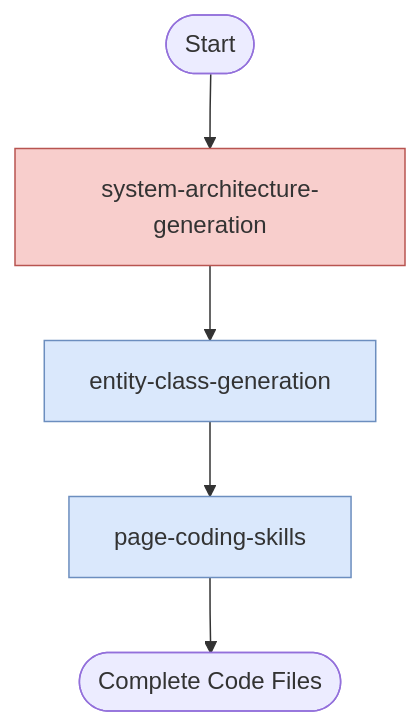
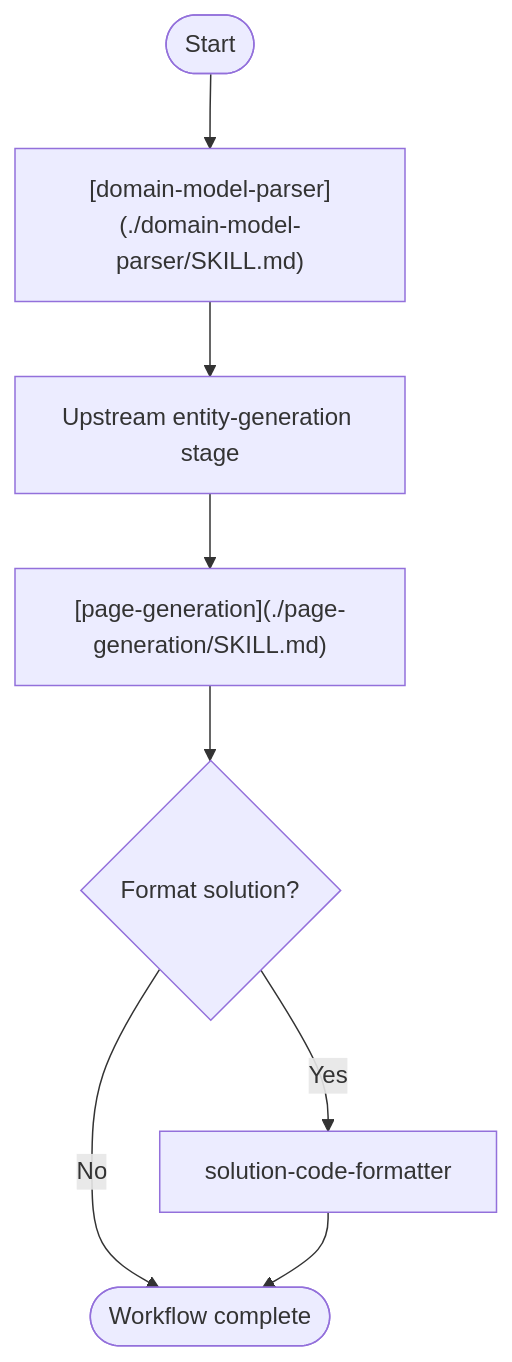
One commit to zhongadamwang/PRG changed the diagram in .github/skills/sanjel-coding-skills/SKILL.md. Above: the diagram before and after it, drawn with Mermaid. The commit also changed other lines of this file and 36 other files, not shown here.

First line of the commit message:
feat: add skill creator and formatter utilities

````diff
--- a/.github/skills/sanjel-coding-skills/SKILL.md
+++ b/.github/skills/sanjel-coding-skills/SKILL.md
@@ -20,16 +33,12 @@
 ```mermaid
-graph TB
-	Start([Start]) --> S01[system-architecture-generation]
-	S01 --> S02[entity-class-generation]
-	S02 --> S03[page-coding-skills]
-	click S03 "./page-generation/SKILL.md"
+flowchart TB
 
-	S03 --> End([Complete Code Files])
+Start([Start]) --> P["`[domain-model-parser](./domain-model-parser/SKILL.md)`"]
 
-	classDef arch fill:#f8cecc,stroke:#b85450;
-	classDef core fill:#dae8fc,stroke:#6c8ebf;
-	classDef page fill:#fff2cc,stroke:#d6b656;
-
-	class S01 arch;
-	class S02,S03 core;
+P --> E[Upstream entity-generation stage]
+E --> G["`[page-generation](./page-generation/SKILL.md)`"]
+G --> F{Format solution?}
+F -->|Yes| Q[solution-code-formatter]
+F -->|No| End([Workflow complete])
+Q --> End
 ```
````
